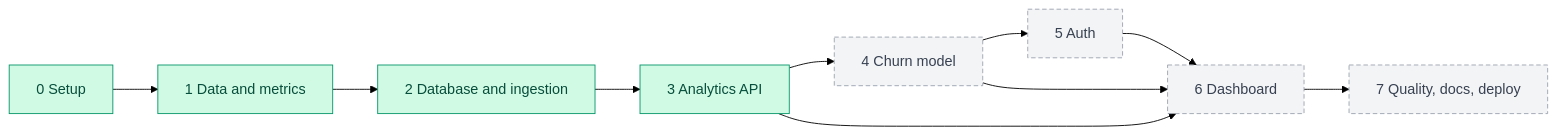
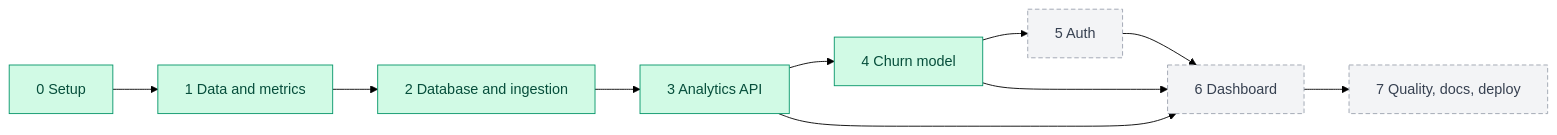
Before and after one commit to yashdiwan12/Churnscope: the diagram in docs/10-project-history.md, drawn with Mermaid (forest theme). The commit also changed other lines of this file and 31 other files, not shown here.

````diff
--- a/docs/10-project-history.md
+++ b/docs/10-project-history.md
@@ -5,17 +5,17 @@
 ```mermaid
 flowchart LR
     p0["0 Setup"] --> p1["1 Data and metrics"]
     p1 --> p2["2 Database and ingestion"]
     p2 --> p3["3 Analytics API"]
     p3 --> p4["4 Churn model"]
     p4 --> p5["5 Auth"]
     p5 --> p6["6 Dashboard"]
     p6 --> p7["7 Quality, docs, deploy"]
     p3 --> p6
     p4 --> p6
 
-    class p0,p1,p2,p3 built
-    class p4,p5,p6,p7 planned
+    class p0,p1,p2,p3,p4 built
+    class p5,p6,p7 planned
     classDef built fill:#d1fae5,stroke:#059669,color:#064e3b
     classDef planned fill:#f3f4f6,stroke:#9ca3af,stroke-dasharray: 5 3,color:#374151
 ```
````
